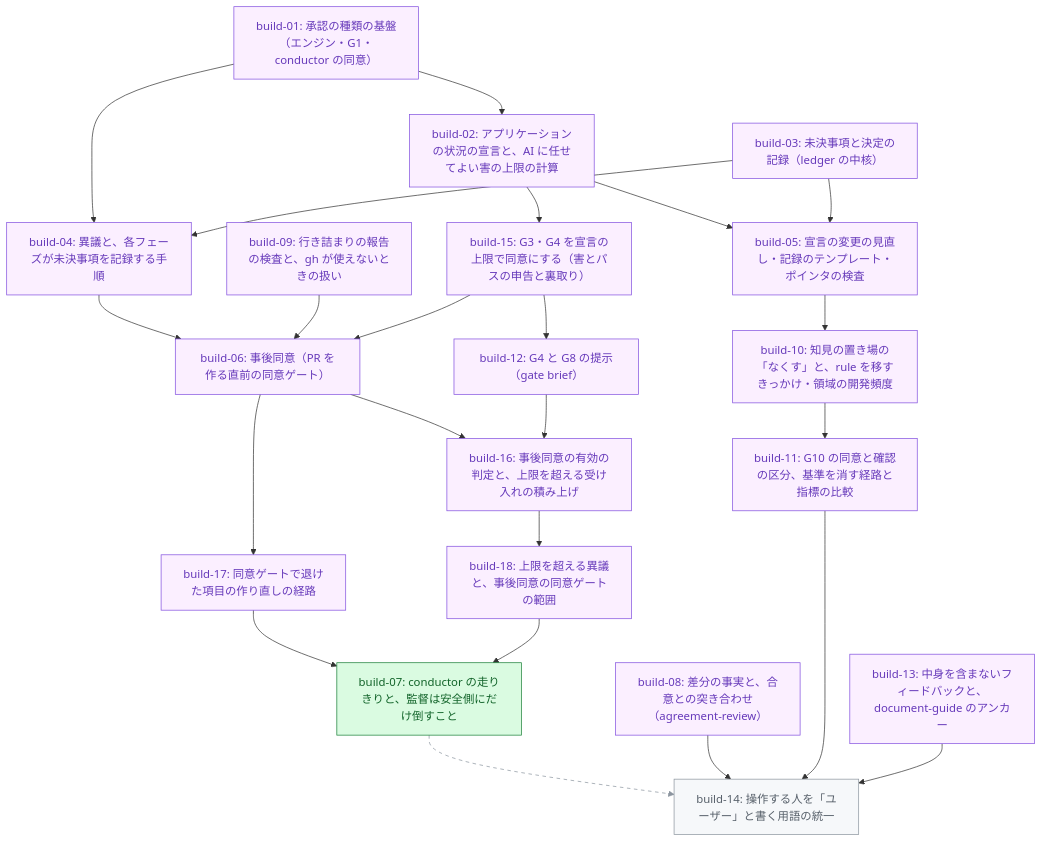
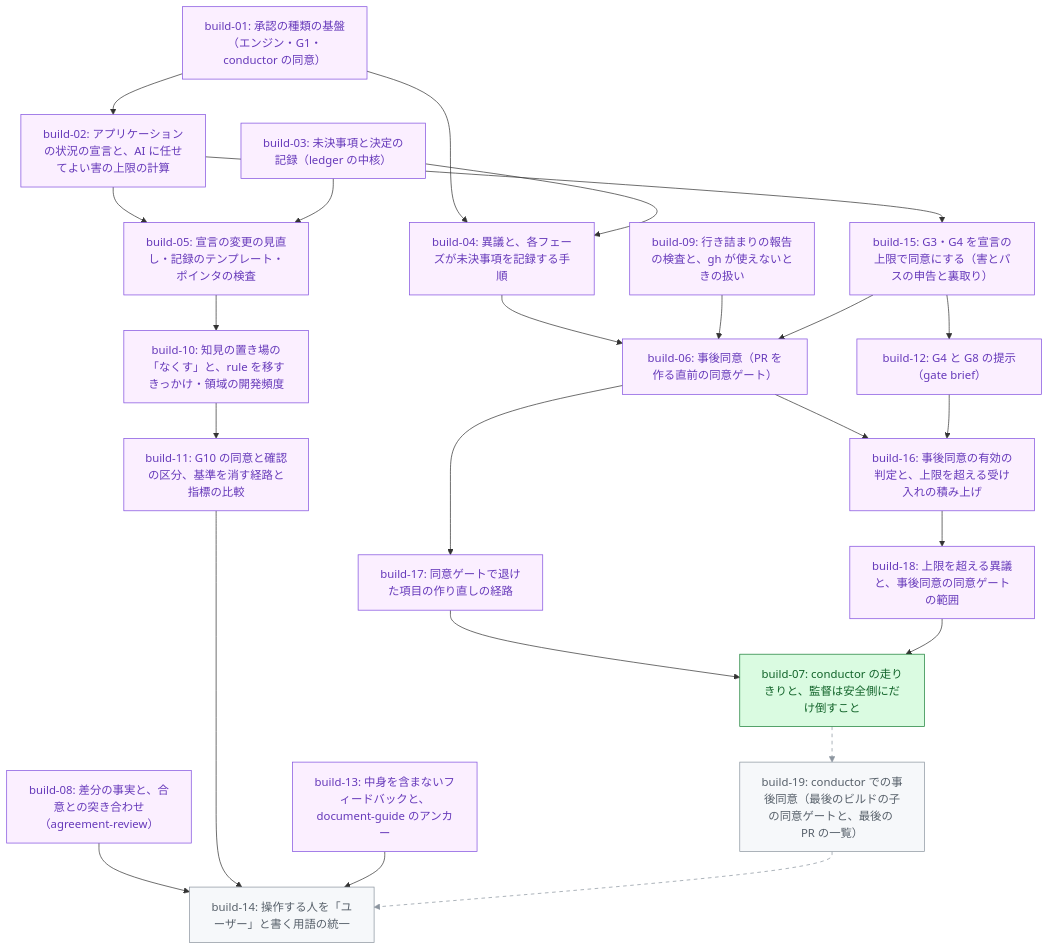
The diagram in .hikyaku/cycles/001-v3-core-concepts/tasklist.md (tak-solder/hikyaku), drawn with Mermaid before and after one commit. The commit also changed other lines of this file and 3 other files, not shown here.

First line of the commit message:
build-07 を分割し、事後同意の conductor の形を build-19 へ移す

````diff
--- a/.hikyaku/cycles/001-v3-core-concepts/tasklist.md
+++ b/.hikyaku/cycles/001-v3-core-concepts/tasklist.md
@@ -33,50 +34,52 @@
 ```mermaid
 graph TD
   b01["build-01: 承認の種類の基盤（エンジン・G1・conductor の同意）"]
   b02["build-02: アプリケーションの状況の宣言と、AI に任せてよい害の上限の計算"]
   b03["build-03: 未決事項と決定の記録（ledger の中核）"]
   b04["build-04: 異議と、各フェーズが未決事項を記録する手順"]
   b05["build-05: 宣言の変更の見直し・記録のテンプレート・ポインタの検査"]
   b06["build-06: 事後同意（PR を作る直前の同意ゲート）"]
   b07["build-07: conductor の走りきりと、監督は安全側にだけ倒すこと"]
   b08["build-08: 差分の事実と、合意との突き合わせ（agreement-review）"]
   b09["build-09: 行き詰まりの報告の検査と、gh が使えないときの扱い"]
   b10["build-10: 知見の置き場の「なくす」と、rule を移すきっかけ・領域の開発頻度"]
   b11["build-11: G10 の同意と確認の区分、基準を消す経路と指標の比較"]
   b12["build-12: G4 と G8 の提示（gate brief）"]
   b13["build-13: 中身を含まないフィードバックと、document-guide のアンカー"]
   b14["build-14: 操作する人を「ユーザー」と書く用語の統一"]
   b15["build-15: G3・G4 を宣言の上限で同意にする（害とパスの申告と裏取り）"]
   b16["build-16: 事後同意の有効の判定と、上限を超える受け入れの積み上げ"]
   b17["build-17: 同意ゲートで退けた項目の作り直しの経路"]
   b18["build-18: 上限を超える異議と、事後同意の同意ゲートの範囲"]
+  b19["build-19: conductor での事後同意（最後のビルドの子の同意ゲートと、最後の PR の一覧）"]
   b01 --> b02
   b01 --> b04
   b03 --> b04
   b02 --> b05
   b03 --> b05
   b04 --> b06
   b09 --> b06
   b15 --> b06
   b17 --> b07
   b18 --> b07
   b05 --> b10
   b10 --> b11
   b15 --> b12
-  b07 -.-> b14
   b08 --> b14
   b11 --> b14
   b13 --> b14
+  b19 -.-> b14
   b02 --> b15
   b06 --> b16
   b12 --> b16
   b06 --> b17
   b16 --> b18
+  b07 -.-> b19
   classDef merged fill:#fbefff,stroke:#8250df,color:#6639ba
   classDef ready fill:#dafbe1,stroke:#1a7f37,color:#116329
   classDef blocked fill:#f6f8fa,stroke:#8c959f,color:#57606a
   class b01,b02,b03,b04,b05,b06,b08,b09,b10,b11,b12,b13,b15,b16,b17,b18 merged
   class b07 ready
-  class b14 blocked
-  linkStyle 13 stroke:#8c959f,stroke-dasharray:5 5
+  class b14,b19 blocked
+  linkStyle 16,22 stroke:#8c959f,stroke-dasharray:5 5
 ```
````
